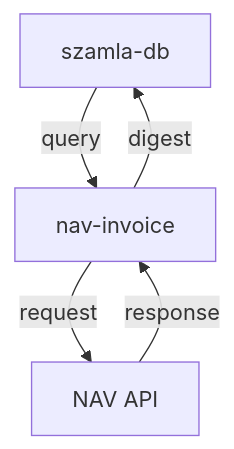
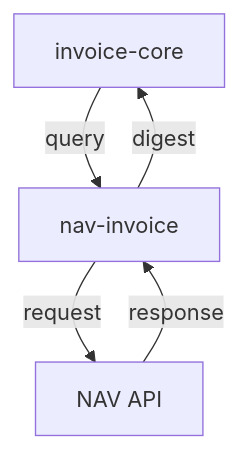
Before and after one commit to graphtrek/tiro: the diagram in moneypenny/nav-invoice-spec.md, drawn with Mermaid. The commit also changed other lines of this file and 16 other files, not shown here.

Commit message:
rename szamla-db with invoice-core

````diff
--- a/moneypenny/nav-invoice-spec.md
+++ b/moneypenny/nav-invoice-spec.md
@@ -95,7 +95,7 @@
 ```mermaid
 flowchart TD
-    SD[szamla-db] -->|query| NAV[nav-invoice]
+    SD[invoice-core] -->|query| NAV[nav-invoice]
     NAV -->|request| NAVAPI[NAV API]
     NAVAPI -->|response| NAV
     NAV -->|digest| SD
 ```
````
